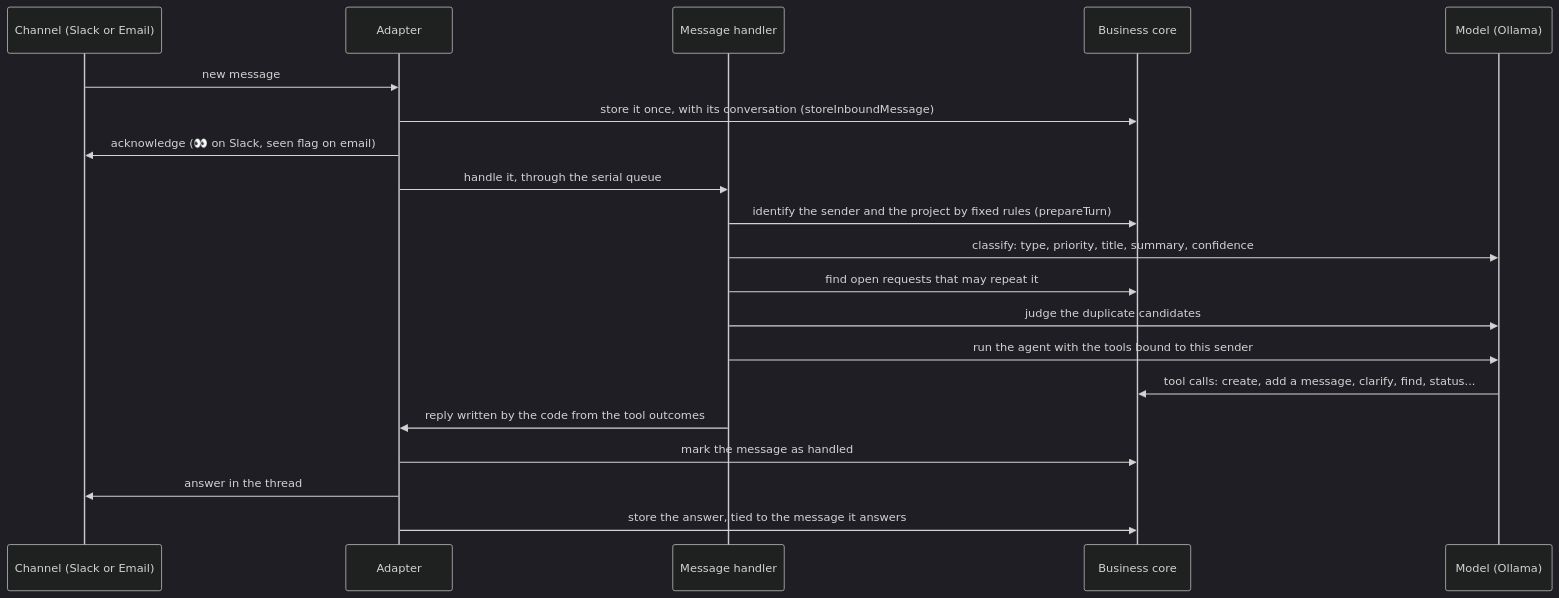
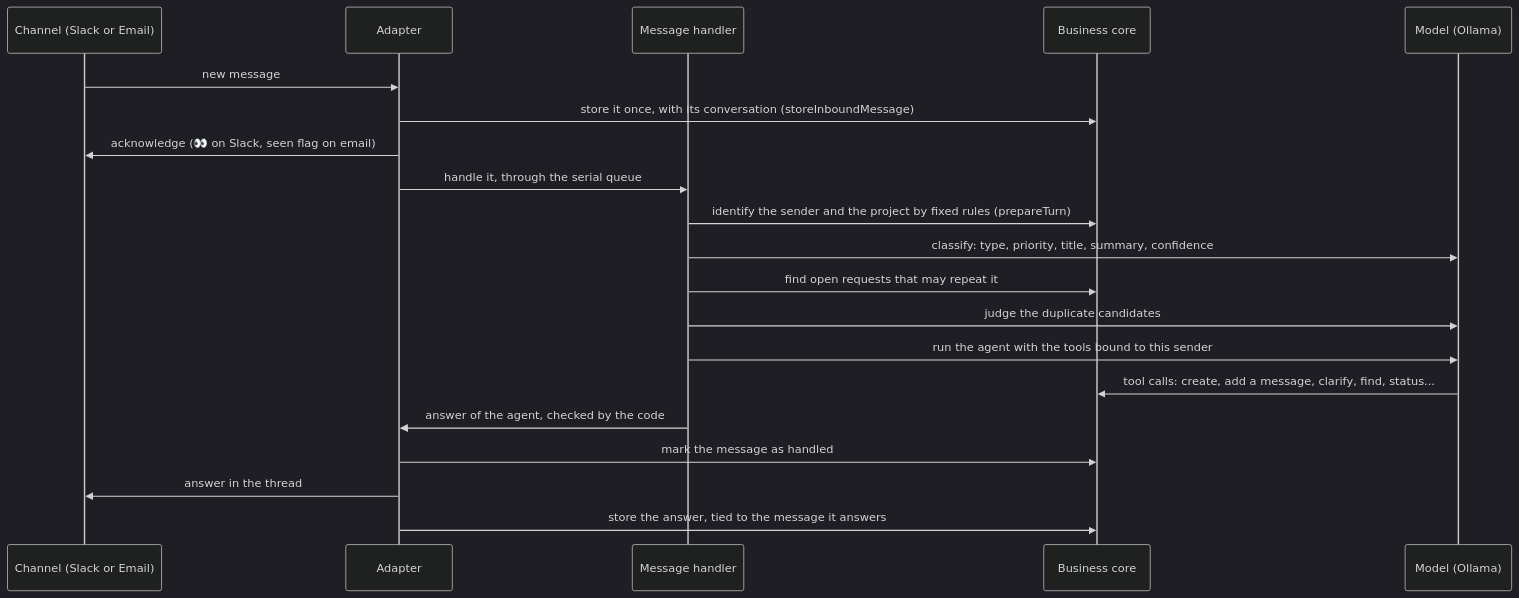
Before and after one commit to Alvi16/Request-agent: the second of 2 diagrams in docs/architecture.md, drawn with Mermaid (dark theme). The commit also changed other lines of this file, not shown here.

Commit message:
docs: describe the checked answer in the path of a message

````diff
--- a/docs/architecture.md
+++ b/docs/architecture.md
@@ -60,23 +60,23 @@
 ```mermaid
 sequenceDiagram
     participant C as Channel (Slack or Email)
     participant A as Adapter
     participant H as Message handler
     participant K as Business core
     participant M as Model (Ollama)
 
     C->>A: new message
     A->>K: store it once, with its conversation (storeInboundMessage)
     A->>C: acknowledge (👀 on Slack, seen flag on email)
     A->>H: handle it, through the serial queue
     H->>K: identify the sender and the project by fixed rules (prepareTurn)
     H->>M: classify: type, priority, title, summary, confidence
     H->>K: find open requests that may repeat it
     H->>M: judge the duplicate candidates
     H->>M: run the agent with the tools bound to this sender
     M->>K: tool calls: create, add a message, clarify, find, status...
-    H->>A: reply written by the code from the tool outcomes
+    H->>A: answer of the agent, checked by the code
     A->>K: mark the message as handled
     A->>C: answer in the thread
     A->>K: store the answer, tied to the message it answers
 ```
````
